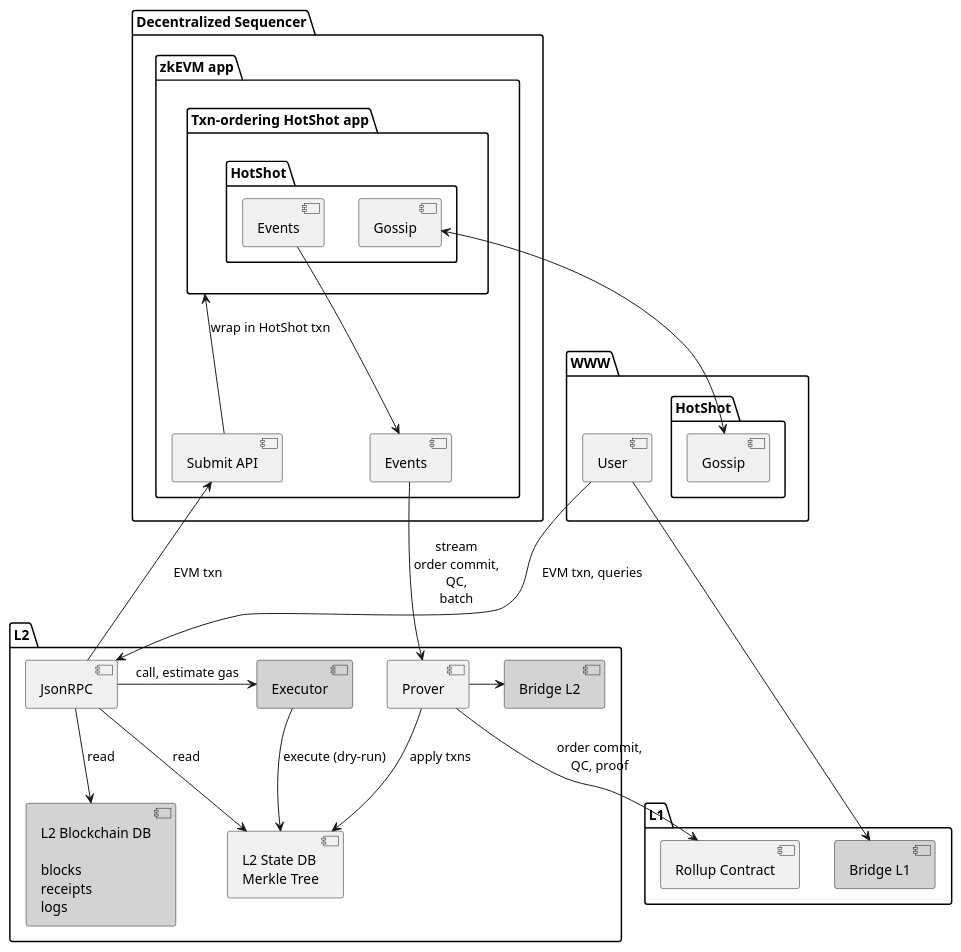
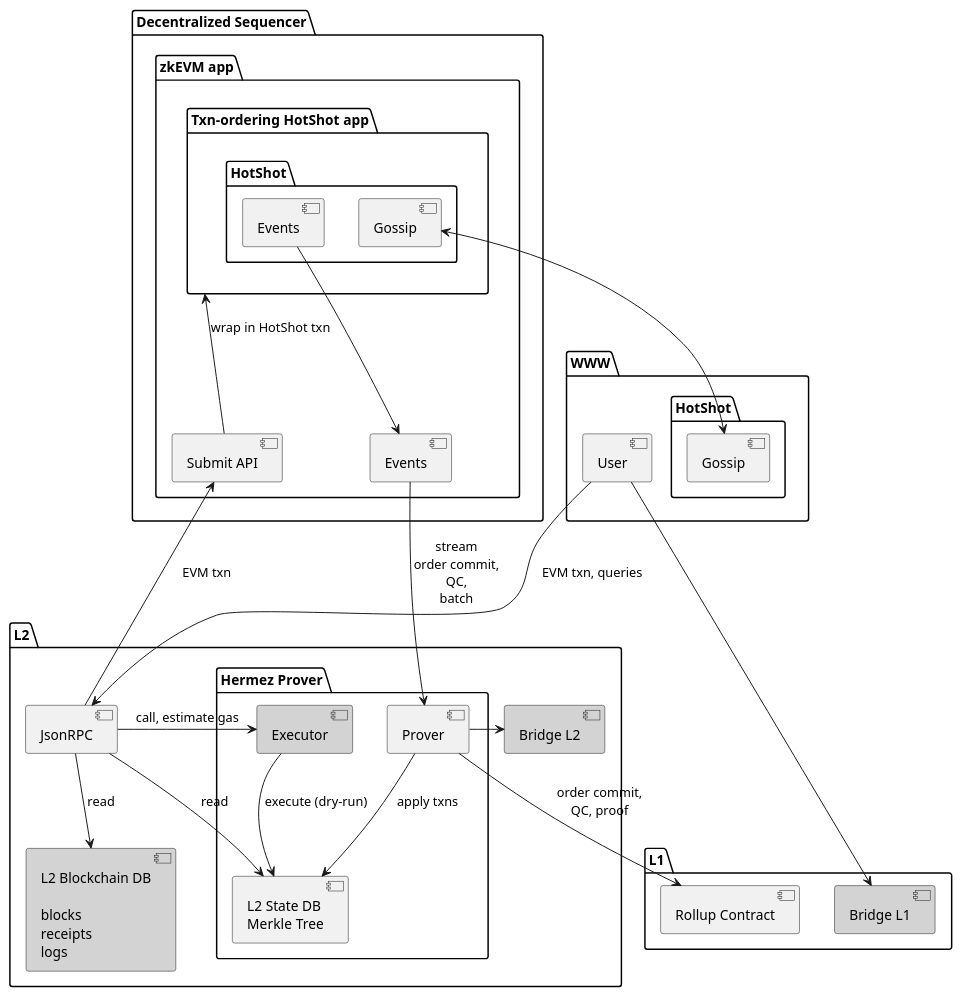
The diagram in doc/architecture.puml (EspressoSystems/espresso-sequencer), drawn with PlantUML before and after one commit. The commit also changed 1 other file, not shown here.

Commit message:
Group Prover, Executor, L2 trie into Hermez Prover

```diff
--- a/doc/architecture.puml
+++ b/doc/architecture.puml
@@ -1,64 +1,66 @@
 @startuml
 package "WWW" {
   component User
   package "HotShot" as HotShotExternal {
     component "Gossip" as GossipExternal
   }
 }
 
 package "Decentralized Sequencer" {
   package "zkEVM app" as zkApp {
     component Events
     component "Submit API" as Submit
     package "Txn-ordering HotShot app" as App {
       package HotShot {
         component "Gossip" as GossipInternal
         component "Events" as HotShotEvents
       }
     }
   }
 }
 
 package L2 {
   component JsonRPC
   component L2DB #lightgrey [
     L2 Blockchain DB
 
     blocks
     receipts
     logs
   ]
-  component Prover
-  component Executor #lightgrey
-  component Tree [
-    L2 State DB
-    Merkle Tree
-  ]
+  package "Hermez Prover" as HermezProver {
+    component Prover
+    component Executor #lightgrey
+    component Tree [
+      L2 State DB
+      Merkle Tree
+    ]
+  }
   component "Bridge L2" as BridgeL2 #lightgrey
 }
 
 package L1 {
   component Rollup [
     Rollup Contract
   ]
   component "Bridge L1" as BridgeL1 #lightgrey
 }
 
 GossipInternal <-down-> GossipExternal
 Prover -> BridgeL2
 
 User --> JsonRPC: EVM txn, queries
 JsonRPC -> Submit: EVM txn
 JsonRPC --> L2DB: read
 JsonRPC --> Tree: read
 JsonRPC -> Executor: call, estimate gas
 
 User -> BridgeL1
 Submit -up-> App: wrap in HotShot txn
 HotShotEvents -down-> Events
 
 Executor --> Tree: execute (dry-run)
 Prover --> Tree: apply txns
 Events --> Prover: stream\norder commit,\nQC,\nbatch
 Prover --> Rollup: order commit,\nQC, proof
 @enduml
```
